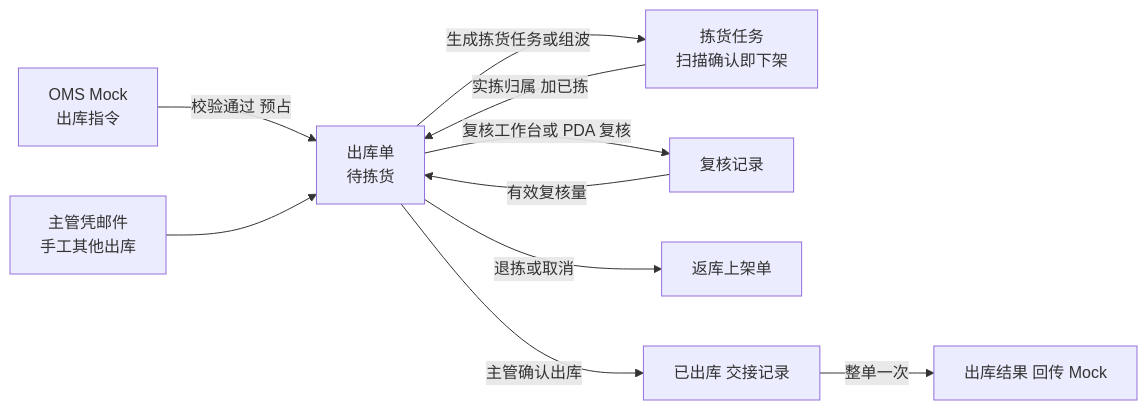
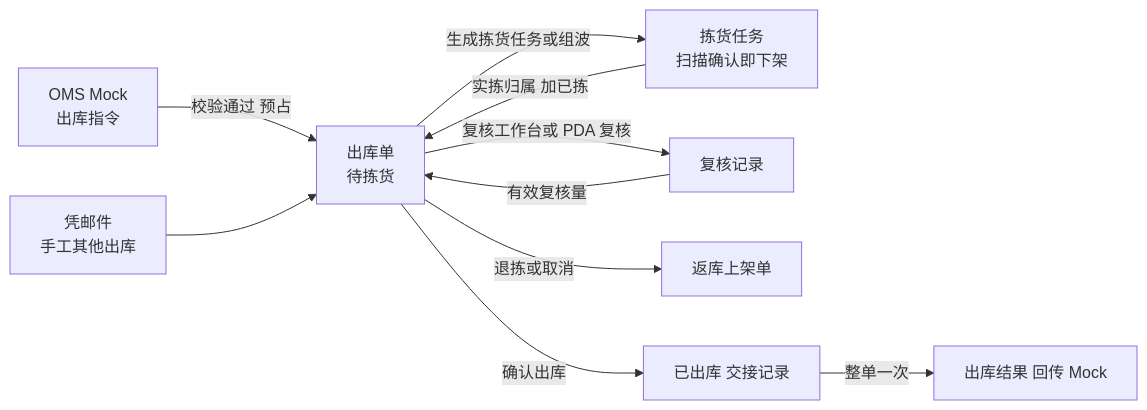
One commit to TopVitamin/QS-WMS-Project changed the first of 2 diagrams in 05-应用设计方案/20261002-MVP版本/需求文档PRD/3-出库管理/出库单/出库单主PRD.md. Above: the diagram before and after it, drawn with Mermaid. The commit also changed other lines of this file and 207 other files, not shown here.

````diff
--- a/05-应用设计方案/20261002-MVP版本/需求文档PRD/3-出库管理/出库单/出库单主PRD.md
+++ b/05-应用设计方案/20261002-MVP版本/需求文档PRD/3-出库管理/出库单/出库单主PRD.md
@@ -147,12 +147,12 @@
 ```mermaid
 flowchart LR
     A["OMS Mock<br/>出库指令"] -->|"校验通过 预占"| B["出库单<br/>待拣货"]
-    A2["主管凭邮件<br/>手工其他出库"] --> B
+    A2["凭邮件<br/>手工其他出库"] --> B
     B -->|"生成拣货任务或组波"| C["拣货任务<br/>扫描确认即下架"]
     C -->|"实拣归属 加已拣"| B
     B -->|"复核工作台或 PDA 复核"| D["复核记录"]
     D -->|"有效复核量"| B
     B -->|"退拣或取消"| E["返库上架单"]
-    B -->|"主管确认出库"| F["已出库 交接记录"]
+    B -->|"确认出库"| F["已出库 交接记录"]
     F -->|"整单一次"| G["出库结果 回传 Mock"]
 ```
````
